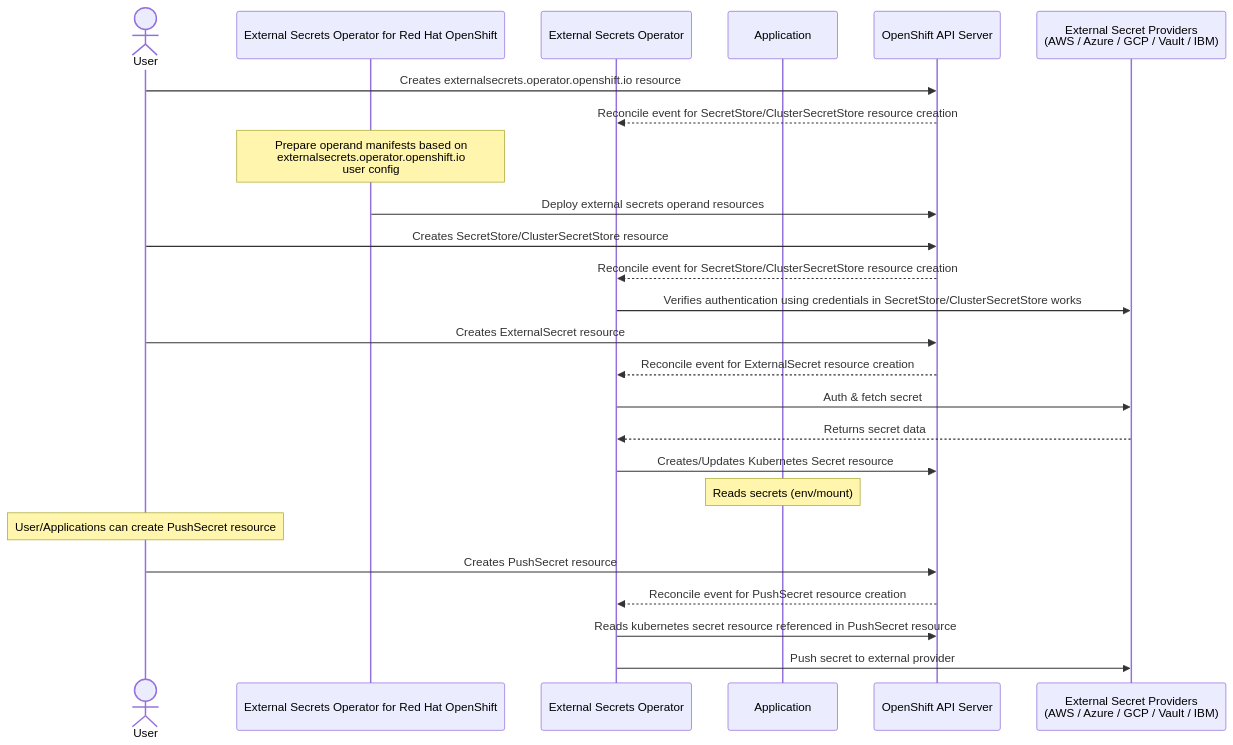
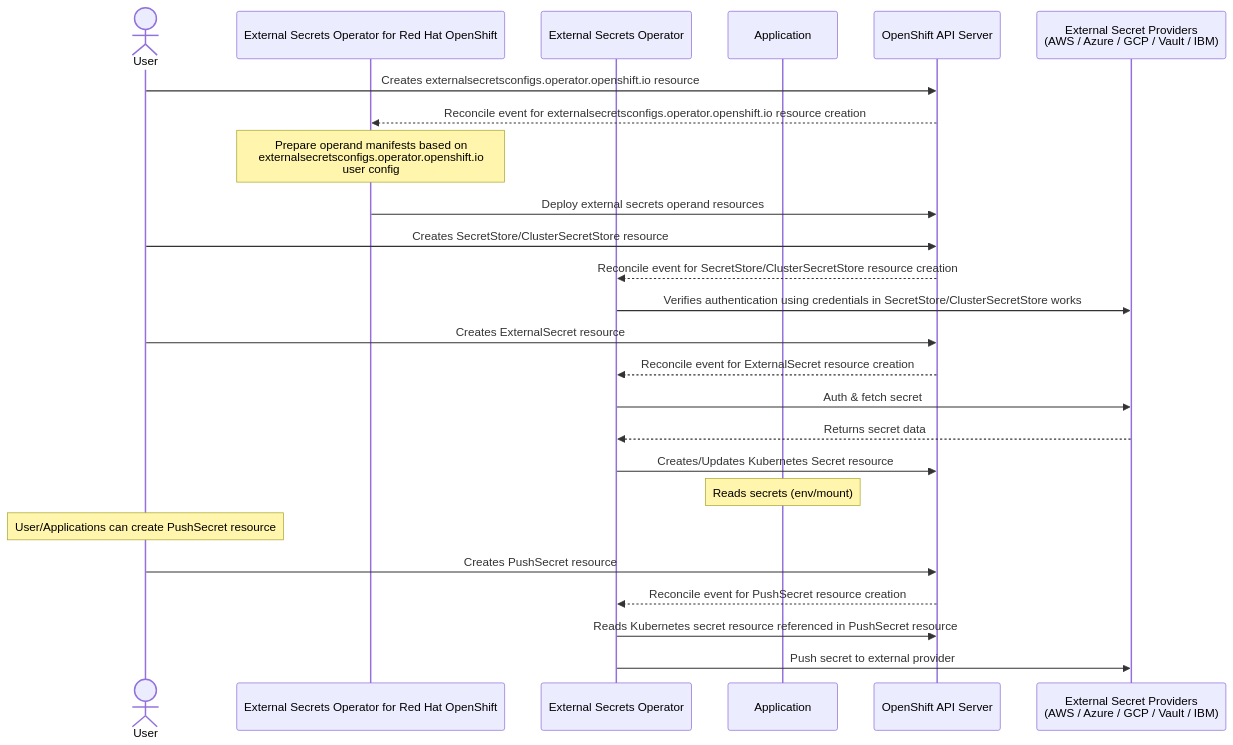
One commit to openshift/enhancements changed the diagram in enhancements/external-secrets-operator/external-secrets-operator.md. Above: the diagram before and after it, drawn with Mermaid. The commit also changed other lines of this file, not shown here.

First line of the commit message:
ESO-101: Revisits and restructures external-secrets-operator APIs for GA (#1835)

````diff
--- a/enhancements/external-secrets-operator/external-secrets-operator.md
+++ b/enhancements/external-secrets-operator/external-secrets-operator.md
@@ -123,35 +142,35 @@
 ```mermaid
 sequenceDiagram
     actor User as User
     participant RHESO as External Secrets Operator for Red Hat OpenShift
     participant ESO as External Secrets Operator
     participant App as Application
     participant API as OpenShift API Server
     participant Providers as External Secret Providers<br/>(AWS / Azure / GCP / Vault / IBM)
 
     %% external secrets operand deployment
-    User->>API: Creates externalsecrets.operator.openshift.io resource
-    API-->>ESO: Reconcile event for SecretStore/ClusterSecretStore resource creation
-    Note over RHESO: Prepare operand manifests based on<br/>externalsecrets.operator.openshift.io<br/>user config
+    User->>API: Creates externalsecretsconfigs.operator.openshift.io resource
+    API-->>RHESO: Reconcile event for externalsecretsconfigs.operator.openshift.io resource creation
+    Note over RHESO: Prepare operand manifests based on<br/>externalsecretsconfigs.operator.openshift.io<br/>user config
     RHESO->>API: Deploy external secrets operand resources
 
     %% SecretStore creation
     User->>API: Creates SecretStore/ClusterSecretStore resource
     API-->>ESO: Reconcile event for SecretStore/ClusterSecretStore resource creation
     ESO->>Providers: Verifies authentication using credentials in SecretStore/ClusterSecretStore works
 
     %% Pull Flow
     User->>API: Creates ExternalSecret resource
     API-->>ESO: Reconcile event for ExternalSecret resource creation
     ESO->>Providers: Auth & fetch secret
     Providers-->>ESO: Returns secret data
     ESO->>API: Creates/Updates Kubernetes Secret resource
     Note over App: Reads secrets (env/mount)
 
     %% Push Flow
     Note over User: User/Applications can create PushSecret resource
     User->>API: Creates PushSecret resource
     API-->>ESO: Reconcile event for PushSecret resource creation
-    ESO->>API: Reads kubernetes secret resource referenced in PushSecret resource
+    ESO->>API: Reads Kubernetes secret resource referenced in PushSecret resource
     ESO->>Providers: Push secret to external provider
 ```
````
